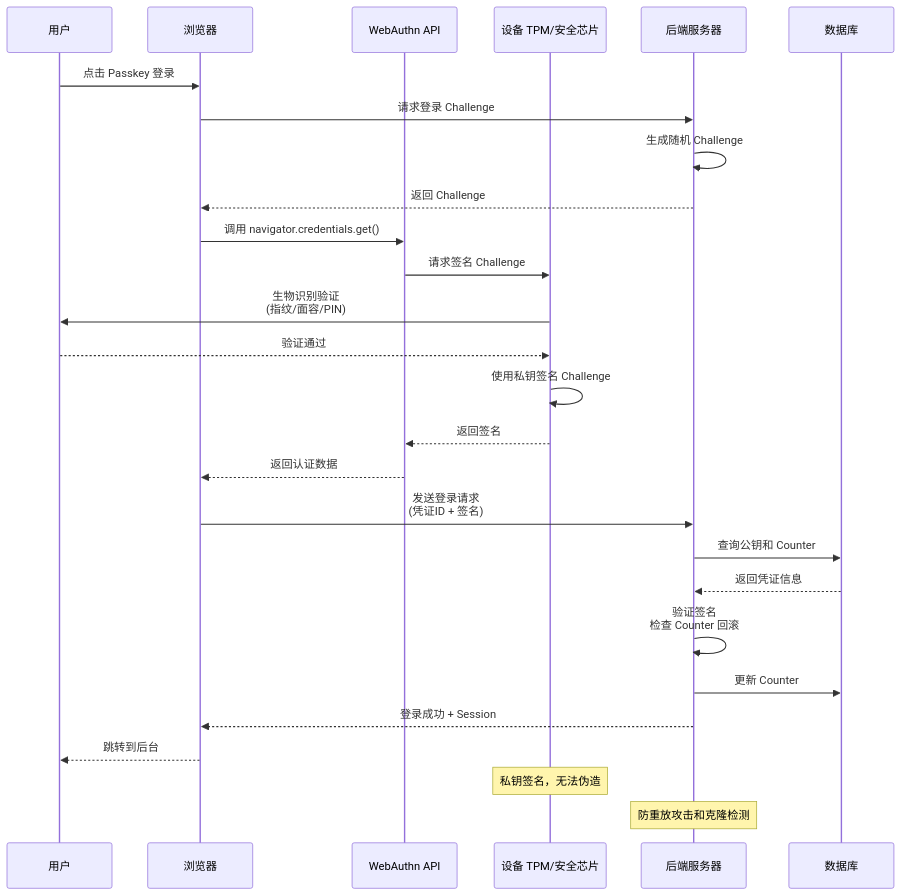
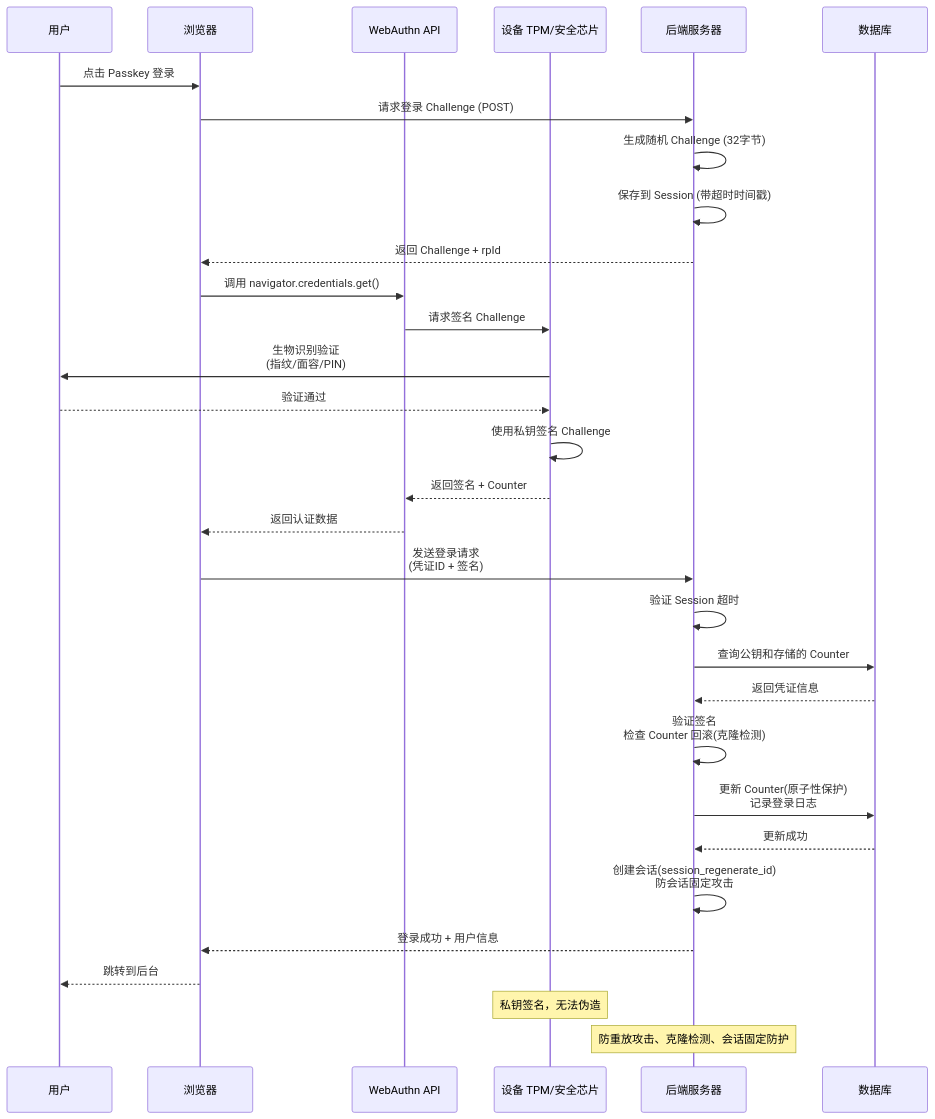
One commit to little-gt/Passkey changed the third of 3 diagrams in SECURITY.md. Above: the diagram before and after it, drawn with Mermaid. The commit also changed other lines of this file and 6 other files, not shown here.

````diff
--- a/SECURITY.md
+++ b/SECURITY.md
@@ -85,31 +90,35 @@
 ```mermaid
 sequenceDiagram
     participant U as 用户
     participant B as 浏览器
     participant W as WebAuthn API
     participant D as 设备 TPM/安全芯片
     participant S as 后端服务器
     participant DB as 数据库
     
     U->>B: 点击 Passkey 登录
-    B->>S: 请求登录 Challenge
-    S->>S: 生成随机 Challenge
-    S-->>B: 返回 Challenge
+    B->>S: 请求登录 Challenge (POST)
+    S->>S: 生成随机 Challenge (32字节)
+    S->>S: 保存到 Session (带超时时间戳)
+    S-->>B: 返回 Challenge + rpId
     B->>W: 调用 navigator.credentials.get()
     W->>D: 请求签名 Challenge
     D->>U: 生物识别验证<br/>(指纹/面容/PIN)
     U-->>D: 验证通过
     D->>D: 使用私钥签名 Challenge
-    D-->>W: 返回签名
+    D-->>W: 返回签名 + Counter
     W-->>B: 返回认证数据
     B->>S: 发送登录请求<br/>(凭证ID + 签名)
-    S->>DB: 查询公钥和 Counter
+    S->>S: 验证 Session 超时
+    S->>DB: 查询公钥和存储的 Counter
     DB-->>S: 返回凭证信息
-    S->>S: 验证签名<br/>检查 Counter 回滚
-    S->>DB: 更新 Counter
-    S-->>B: 登录成功 + Session
+    S->>S: 验证签名<br/>检查 Counter 回滚(克隆检测)
+    S->>DB: 更新 Counter(原子性保护)<br/>记录登录日志
+    DB-->>S: 更新成功
+    S->>S: 创建会话(session_regenerate_id)<br/>防会话固定攻击
+    S-->>B: 登录成功 + 用户信息
     B-->>U: 跳转到后台
     
     Note over D: 私钥签名，无法伪造
-    Note over S: 防重放攻击和克隆检测
+    Note over S: 防重放攻击、克隆检测、会话固定防护
 ```
````
